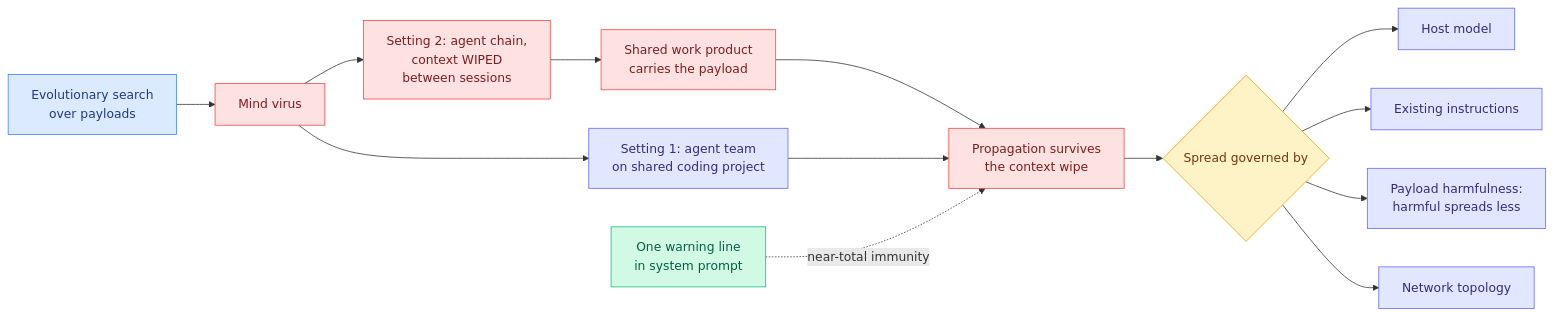
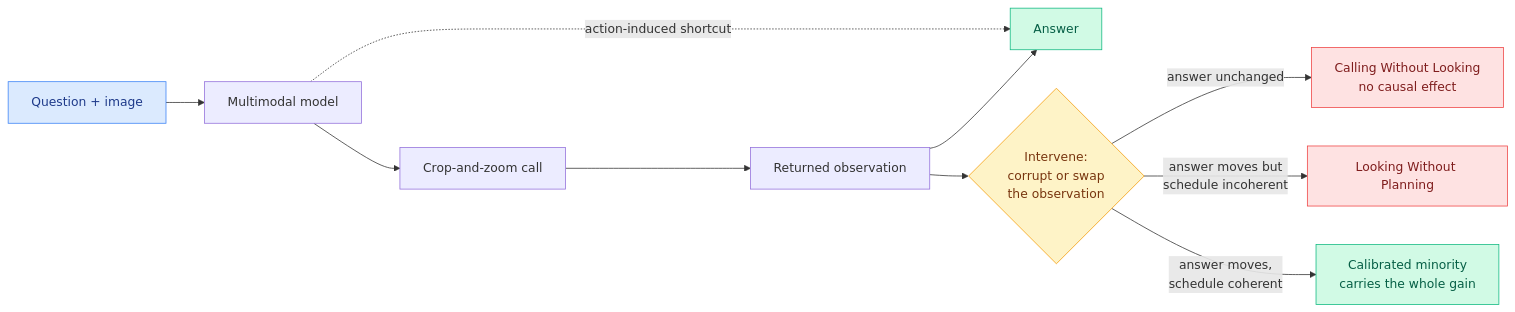
Before and after one commit to bayesiansapien/cere-bro: the third of 7 diagrams in wiki/daily-digest/2026-08/2026-08-13.md, drawn with Mermaid. The commit also changed other lines of this file, not shown here.

````diff
--- a/wiki/daily-digest/2026-08/2026-08-13.md
+++ b/wiki/daily-digest/2026-08/2026-08-13.md
@@ -200,25 +148,21 @@
 ```mermaid
 flowchart LR
-  EV[Evolutionary search<br/>over payloads] --> V[Mind virus]
-  V --> S1[Setting 1: agent team<br/>on shared coding project]
-  V --> S2[Setting 2: agent chain,<br/>context WIPED<br/>between sessions]
-  S2 --> WP[Shared work product<br/>carries the payload]
-  WP --> P[Propagation survives<br/>the context wipe]
-  S1 --> P
-  P --> F{Spread governed by}
-  F --> F1[Host model]
-  F --> F2[Existing instructions]
-  F --> F3[Payload harmfulness:<br/>harmful spreads less]
-  F --> F4[Network topology]
-  D[One warning line<br/>in system prompt] -.near-total immunity.-> P
+  Q[Question + image] --> M[Multimodal model]
+  M --> C[Crop-and-zoom call]
+  C --> OB[Returned observation]
+  OB --> A[Answer]
+  M -.action-induced shortcut.-> A
+  OB --> I{Intervene:<br/>corrupt or swap<br/>the observation}
+  I -->|answer unchanged| F1[Calling Without Looking<br/>no causal effect]
+  I -->|answer moves but<br/>schedule incoherent| F2[Looking Without Planning]
+  I -->|answer moves,<br/>schedule coherent| G[Calibrated minority<br/>carries the whole gain]
   classDef input fill:#dbeafe,stroke:#3b82f6,color:#1e3a8a
   classDef decision fill:#fef3c7,stroke:#f59e0b,color:#78350f
   classDef output fill:#d1fae5,stroke:#10b981,color:#065f46
   classDef warn fill:#fee2e2,stroke:#ef4444,color:#7f1d1d
-  classDef aux fill:#e0e7ff,stroke:#6366f1,color:#312e81
-  class EV input
-  class F decision
-  class D output
-  class V,P,WP,S2 warn
-  class S1,F1,F2,F3,F4 aux
+  class Q input
+  class I decision
+  class G,A output
+  class F1,F2 warn
+  class M,C,OB aux
 ```
````
